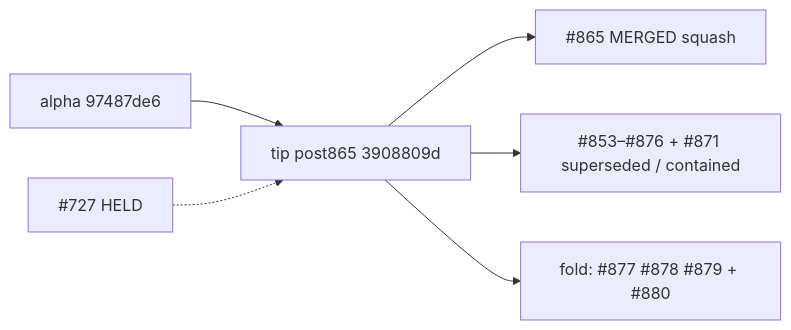
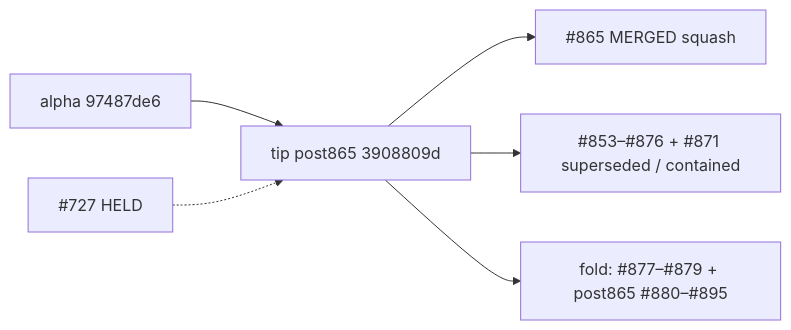
The second of 2 diagrams in docs/dev/open-draft-triage-post865-2026-10-10-v3.md (fuzzywigg/math-pentathlon), drawn with Mermaid before and after one commit. The commit also changed other lines of this file and 1 other file, not shown here.

First line of the commit message:
docs(q-mp-385): refresh triage v3 for post865 drafts #880–#895

````diff
--- a/docs/dev/open-draft-triage-post865-2026-10-10-v3.md
+++ b/docs/dev/open-draft-triage-post865-2026-10-10-v3.md
@@ -128,8 +128,8 @@
 ```mermaid
 flowchart LR
   alphaPrev["alpha 97487de6"] --> tip865["tip post865 3908809d"]
   tip865 --> merged865["#865 MERGED squash"]
   tip865 --> supersededStack["#853–#876 + #871 superseded / contained"]
-  tip865 --> foldReady["fold: #877 #878 #879 + #880"]
+  tip865 --> foldReady["fold: #877–#879 + post865 #880–#895"]
   held727["#727 HELD"] -.-> tip865
 ```
````
